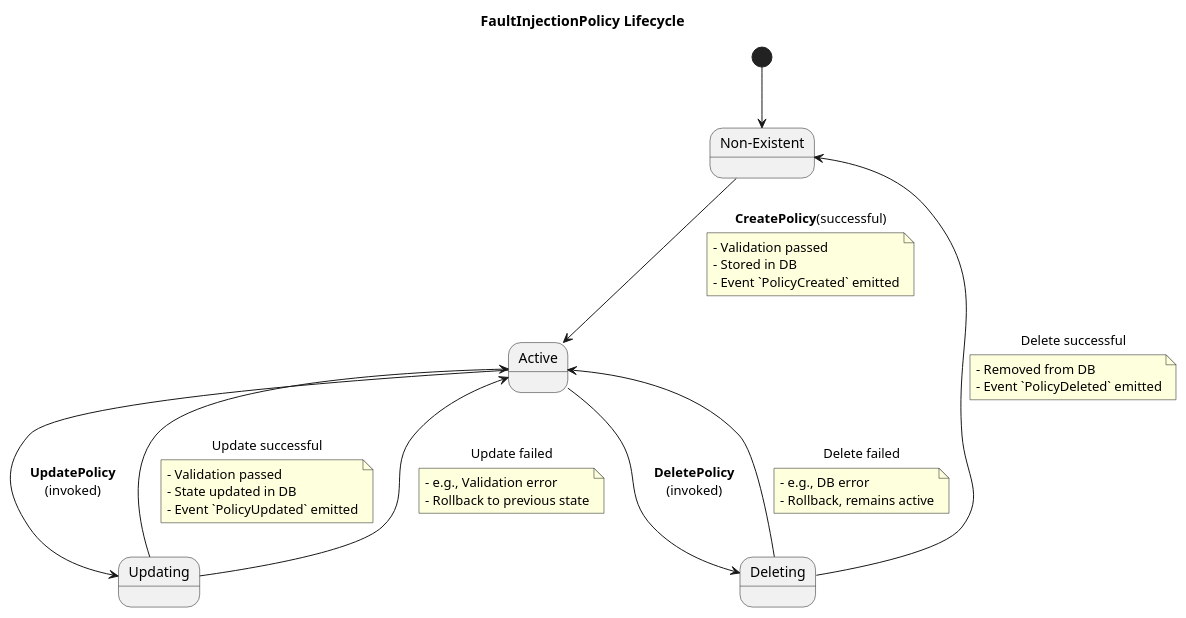
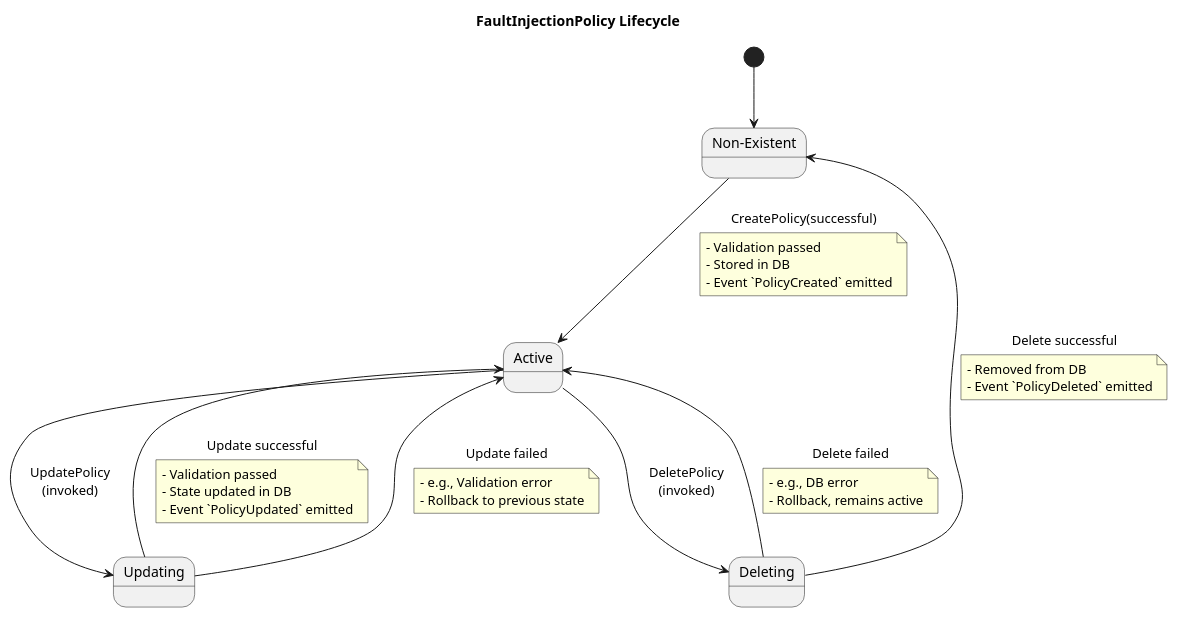
Before and after one commit to kalahetun/Minesweeper: the fifth of 9 diagrams in executor/docs/design_doc/Design_1_Control_Plane.md, drawn with PlantUML. The commit also changed other lines of this file and 27 other files, not shown here.

````diff
--- a/executor/docs/design_doc/Design_1_Control_Plane.md
+++ b/executor/docs/design_doc/Design_1_Control_Plane.md
@@ -306,45 +306,45 @@
 ```plantuml
 @startuml
 title FaultInjectionPolicy Lifecycle
 
 state "Non-Existent" as NonExistent
 state "Active" as Active
 state "Updating" as Updating
 state "Deleting" as Deleting
 
 [*] --> NonExistent
 
-NonExistent --> Active: **CreatePolicy**(successful)
+NonExistent --> Active: CreatePolicy(successful)
 note on link
   - Validation passed
   - Stored in DB
   - Event `PolicyCreated` emitted
 end note
 
-Active --> Updating: **UpdatePolicy**\n(invoked)
+Active --> Updating: UpdatePolicy\n(invoked)
 Updating --> Active: Update successful
 note on link
   - Validation passed
   - State updated in DB
   - Event `PolicyUpdated` emitted
 end note
 Updating --> Active: Update failed
 note on link
   - e.g., Validation error
   - Rollback to previous state
 end note
 
-Active --> Deleting: **DeletePolicy**\n(invoked)
+Active --> Deleting: DeletePolicy\n(invoked)
 Deleting --> NonExistent: Delete successful
 note on link
   - Removed from DB
   - Event `PolicyDeleted` emitted
 end note
 Deleting --> Active: Delete failed
 note on link
   - e.g., DB error
   - Rollback, remains active
 end note
 
 @enduml
 ```
````
